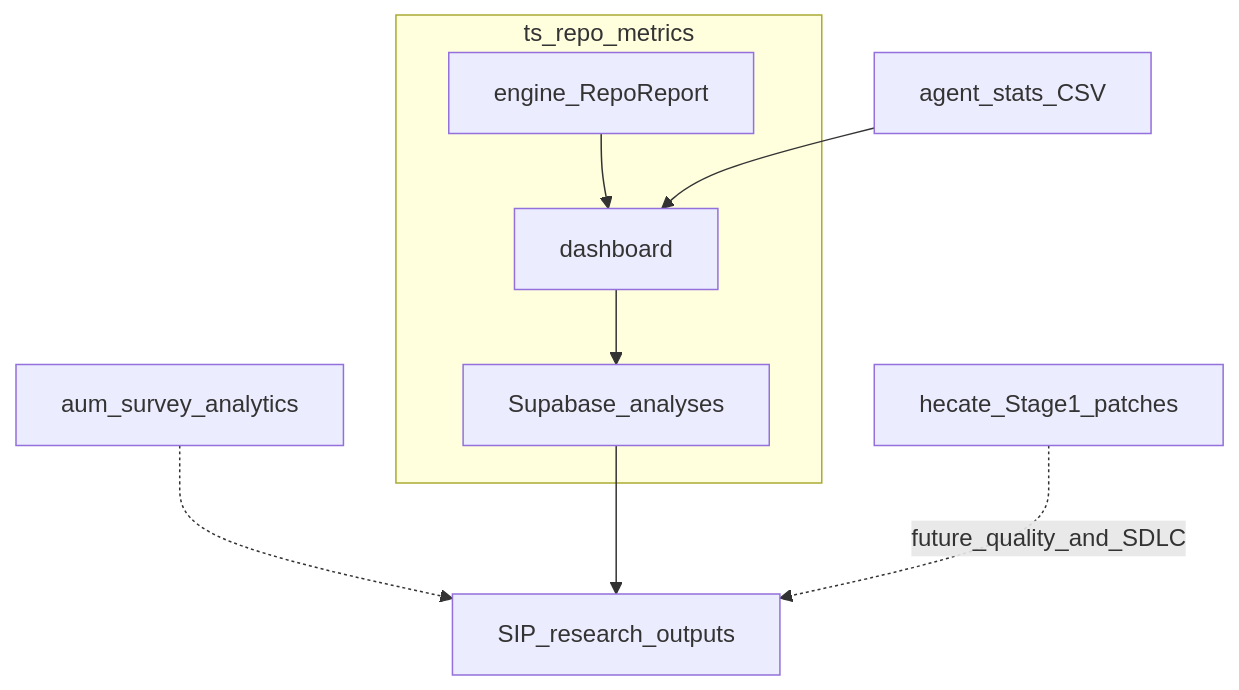
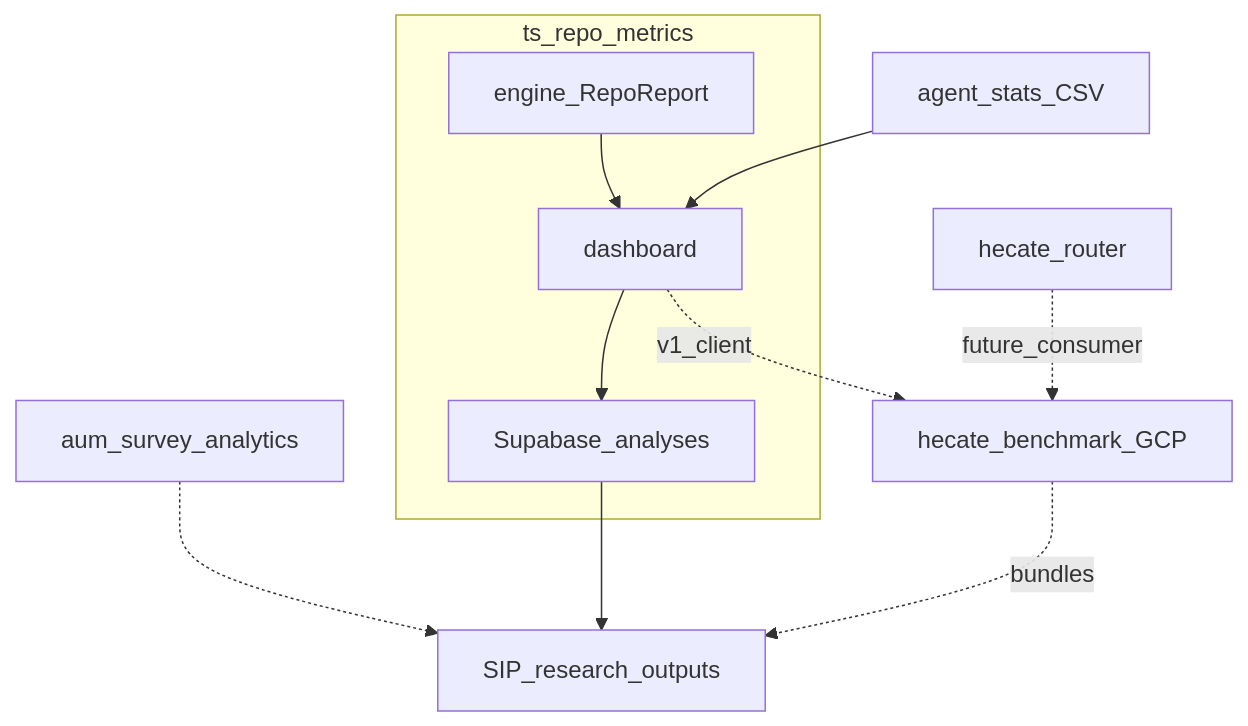
Before and after one commit to luna-777/ts-repo-metrics: the third of 3 diagrams in docs/ARCHITECTURE.md, drawn with Mermaid. The commit also changed other lines of this file and 53 other files, not shown here.

````diff
--- a/docs/ARCHITECTURE.md
+++ b/docs/ARCHITECTURE.md
@@ -69,13 +67,15 @@
 ```mermaid
 flowchart TB
   subgraph metrics [ts_repo_metrics]
     EngineNode[engine_RepoReport]
     DashNode[dashboard]
     EngineNode --> DashNode
     DashNode --> Supa[Supabase_analyses]
   end
   AgentStats[agent_stats_CSV] --> DashNode
   Survey[aum_survey_analytics] -.-> Research[SIP_research_outputs]
   Supa --> Research
-  Hecate[hecate_Stage1_patches] -.->|future_quality_and_SDLC| Research
+  Bench[hecate_benchmark_GCP] -.->|bundles| Research
+  DashNode -.->|v1_client| Bench
+  Hecate[hecate_router] -.->|future_consumer| Bench
 ```
````
